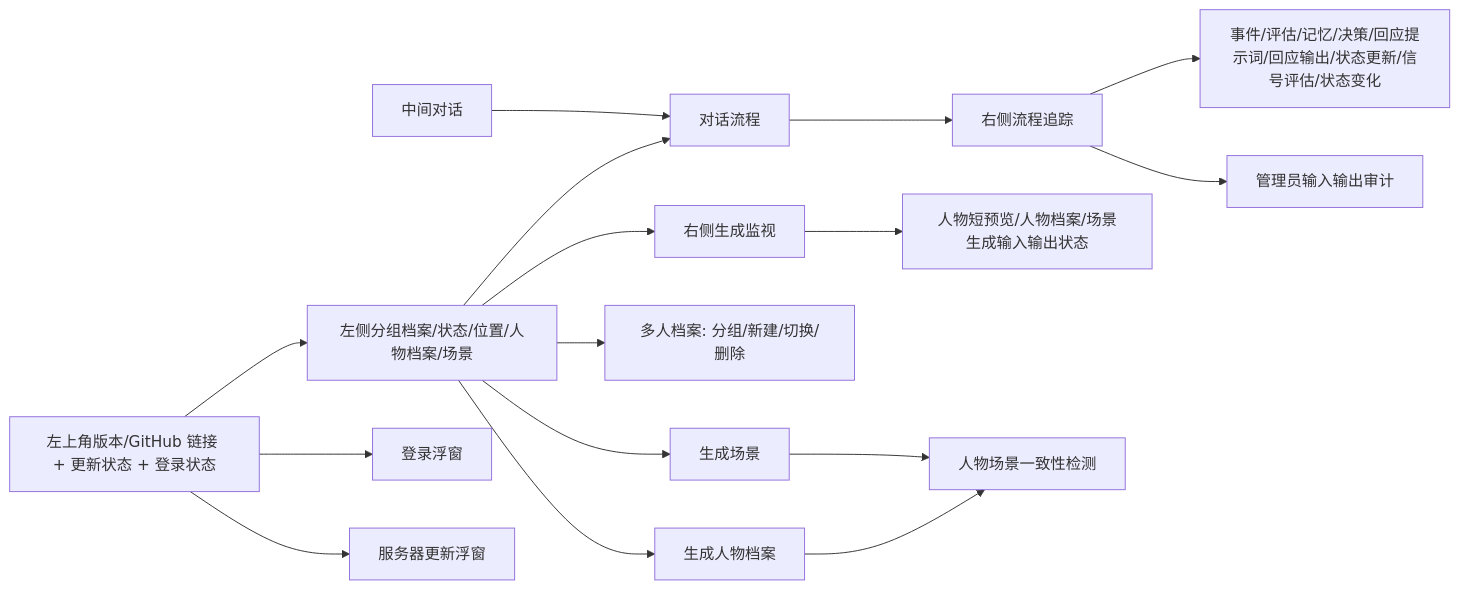
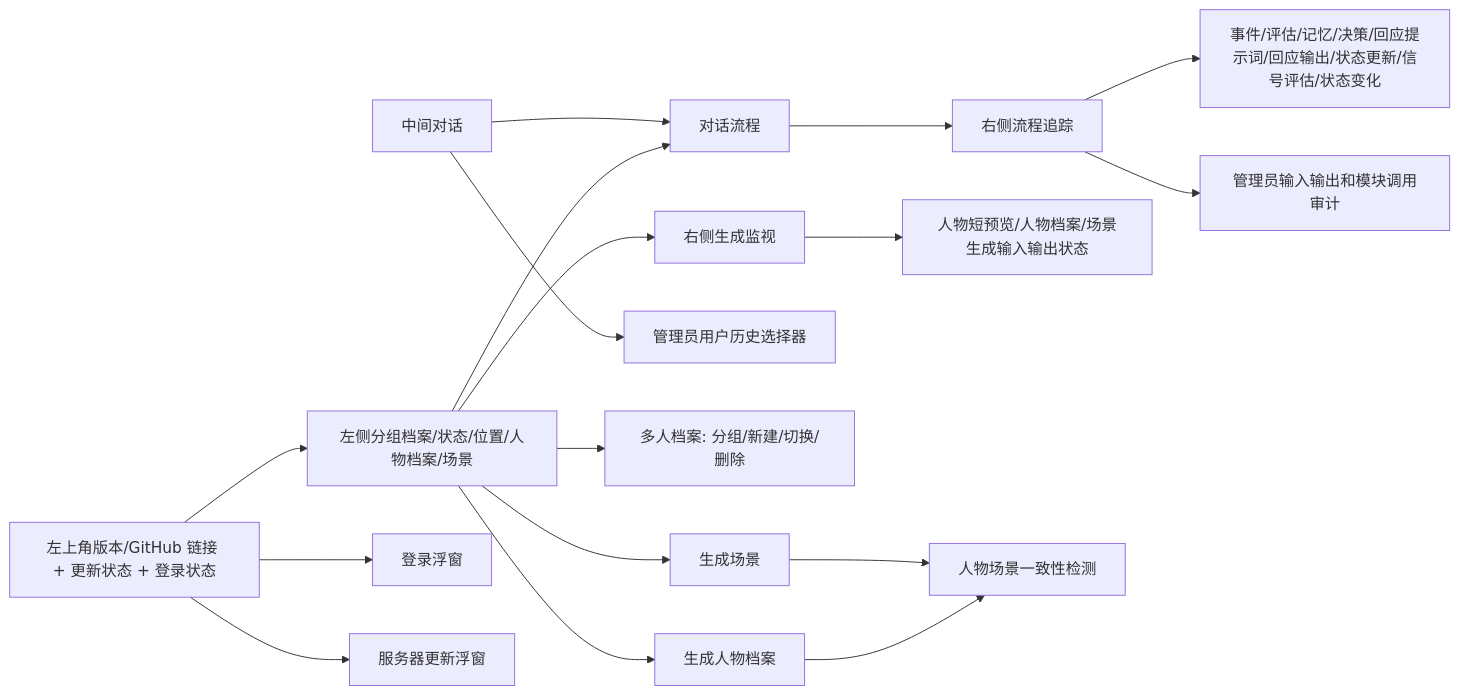
Diagram 31 of 31 in docs/SYSTEM_FLOW.md (ttmanthatman/virtual-human-flow), drawn with Mermaid before and after one commit. The commit also changed other lines of this file and 10 other files, not shown here.

````diff
--- a/docs/SYSTEM_FLOW.md
+++ b/docs/SYSTEM_FLOW.md
@@ -703,18 +710,19 @@
 ```mermaid
 flowchart LR
     TOP[左上角版本/GitHub 链接 + 更新状态 + 登录状态] --> LEFT
     LEFT[左侧分组档案/状态/位置/人物档案/场景] --> PIPE[对话流程]
     CHAT[中间对话] --> PIPE
     PIPE --> TRACE[右侧流程追踪]
     TRACE --> JSON[事件/评估/记忆/决策/回应提示词/回应输出/状态更新/信号评估/状态变化]
     LEFT --> MONITOR[右侧生成监视]
     MONITOR --> GENJSON[人物短预览/人物档案/场景生成输入输出状态]
-    TRACE --> AUDIT[管理员输入输出审计]
+    TRACE --> AUDIT[管理员输入输出和模块调用审计]
+    CHAT --> ADMINHIST[管理员用户历史选择器]
     TOP --> LOGIN[登录浮窗]
     TOP --> UPDATE[服务器更新浮窗]
     LEFT --> DOS[多人档案: 分组/新建/切换/删除]
     LEFT --> GEN1[生成人物档案]
     LEFT --> GEN2[生成场景]
     GEN1 --> FIT[人物场景一致性检测]
     GEN2 --> FIT
 ```
````
